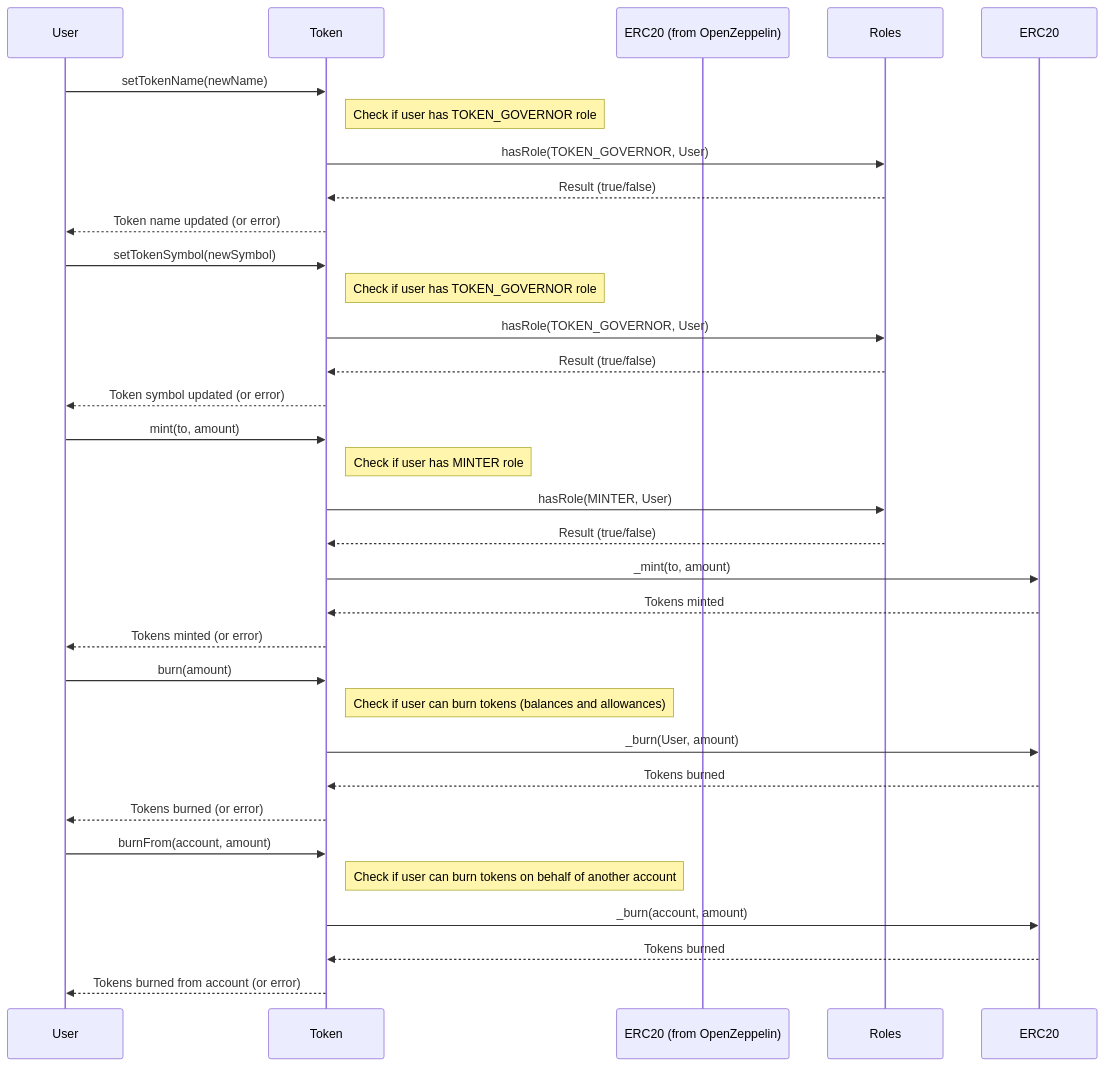
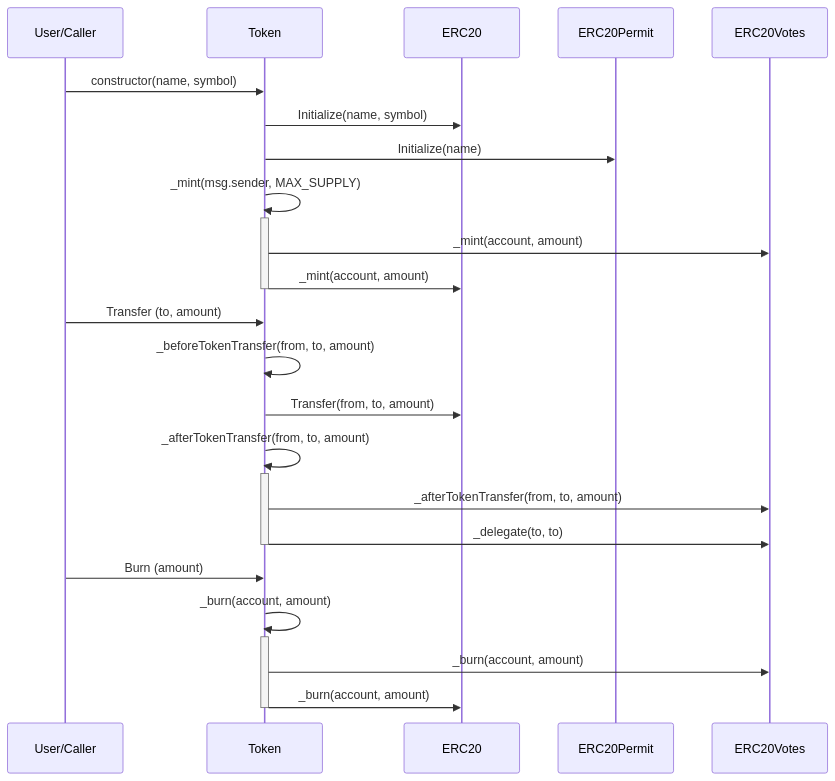
The second of 2 diagrams in doc/contracts/token/Token.md (ZTX-Foundation/tuxedo), drawn with Mermaid before and after one commit. The commit also changed other lines of this file and 37 other files, not shown here.

````diff
--- a/doc/contracts/token/Token.md
+++ b/doc/contracts/token/Token.md
@@ -35,39 +18,33 @@
 ```mermaid
 sequenceDiagram
-    participant User
+    participant User as User/Caller
     participant Token
-    participant ERC20 (from OpenZeppelin)
-    participant Roles
-    
-    User->>Token: setTokenName(newName)
-    note right of Token: Check if user has TOKEN_GOVERNOR role
-    Token->>Roles: hasRole(TOKEN_GOVERNOR, User)
-    Roles-->>Token: Result (true/false)
-    Token-->>User: Token name updated (or error)
+    participant ERC20
+    participant ERC20Permit
+    participant ERC20Votes
 
-    User->>Token: setTokenSymbol(newSymbol)
-    note right of Token: Check if user has TOKEN_GOVERNOR role
-    Token->>Roles: hasRole(TOKEN_GOVERNOR, User)
-    Roles-->>Token: Result (true/false)
-    Token-->>User: Token symbol updated (or error)
+    User->>Token: constructor(name, symbol)
+    Token->>ERC20: Initialize(name, symbol)
+    Token->>ERC20Permit: Initialize(name)
+    Token->>Token: _mint(msg.sender, MAX_SUPPLY)
+    activate Token
+    Token->>ERC20Votes: _mint(account, amount)
+    Token->>ERC20: _mint(account, amount)
+    deactivate Token
 
-    User->>Token: mint(to, amount)
-    note right of Token: Check if user has MINTER role
-    Token->>Roles: hasRole(MINTER, User)
-    Roles-->>Token: Result (true/false)
-    Token->>ERC20: _mint(to, amount)
-    ERC20-->>Token: Tokens minted
-    Token-->>User: Tokens minted (or error)
+    User->>Token: Transfer (to, amount)
+    Token->>Token: _beforeTokenTransfer(from, to, amount)
+    Token->>ERC20: Transfer(from, to, amount)
+    Token->>Token: _afterTokenTransfer(from, to, amount)
+    activate Token
+    Token->>ERC20Votes: _afterTokenTransfer(from, to, amount)
+    Token->>ERC20Votes: _delegate(to, to)
+    deactivate Token
 
-    User->>Token: burn(amount)
-    note right of Token: Check if user can burn tokens (balances and allowances)
-    Token->>ERC20: _burn(User, amount)
-    ERC20-->>Token: Tokens burned
-    Token-->>User: Tokens burned (or error)
-
-    User->>Token: burnFrom(account, amount)
-    note right of Token: Check if user can burn tokens on behalf of another account
+    User->>Token: Burn (amount)
+    Token->>Token: _burn(account, amount)
+    activate Token
+    Token->>ERC20Votes: _burn(account, amount)
     Token->>ERC20: _burn(account, amount)
-    ERC20-->>Token: Tokens burned
-    Token-->>User: Tokens burned from account (or error)
+    deactivate Token
 ```
````
